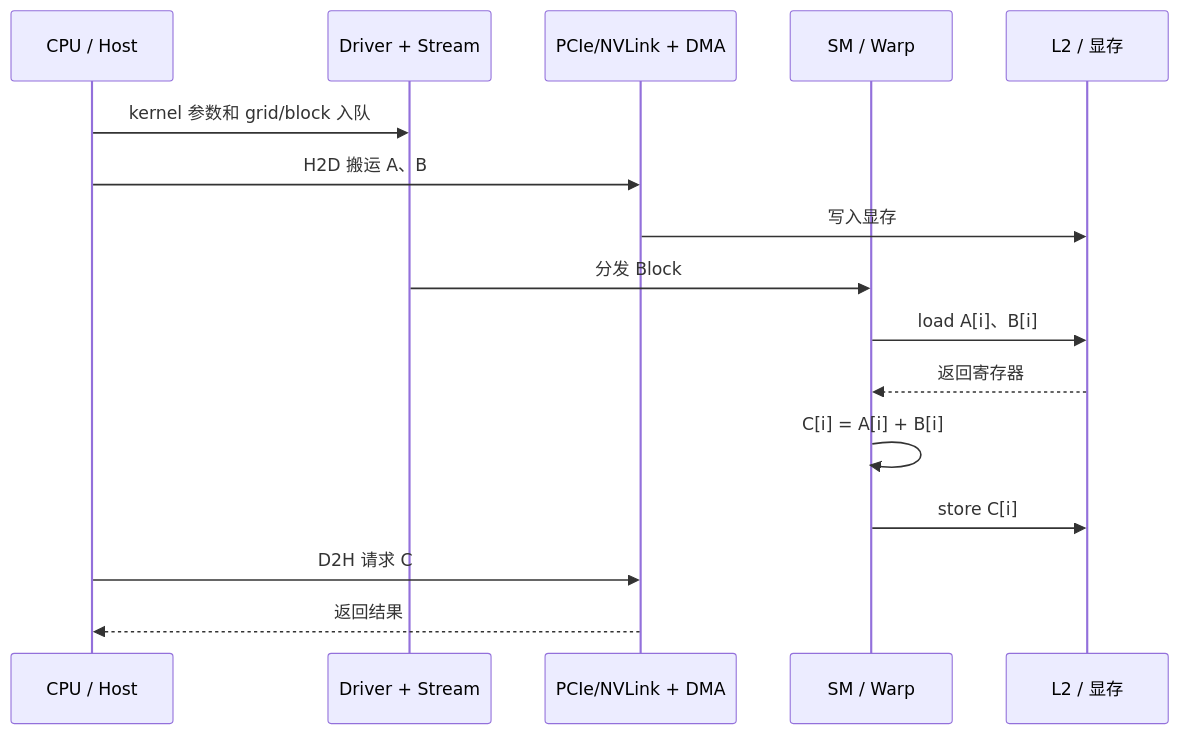
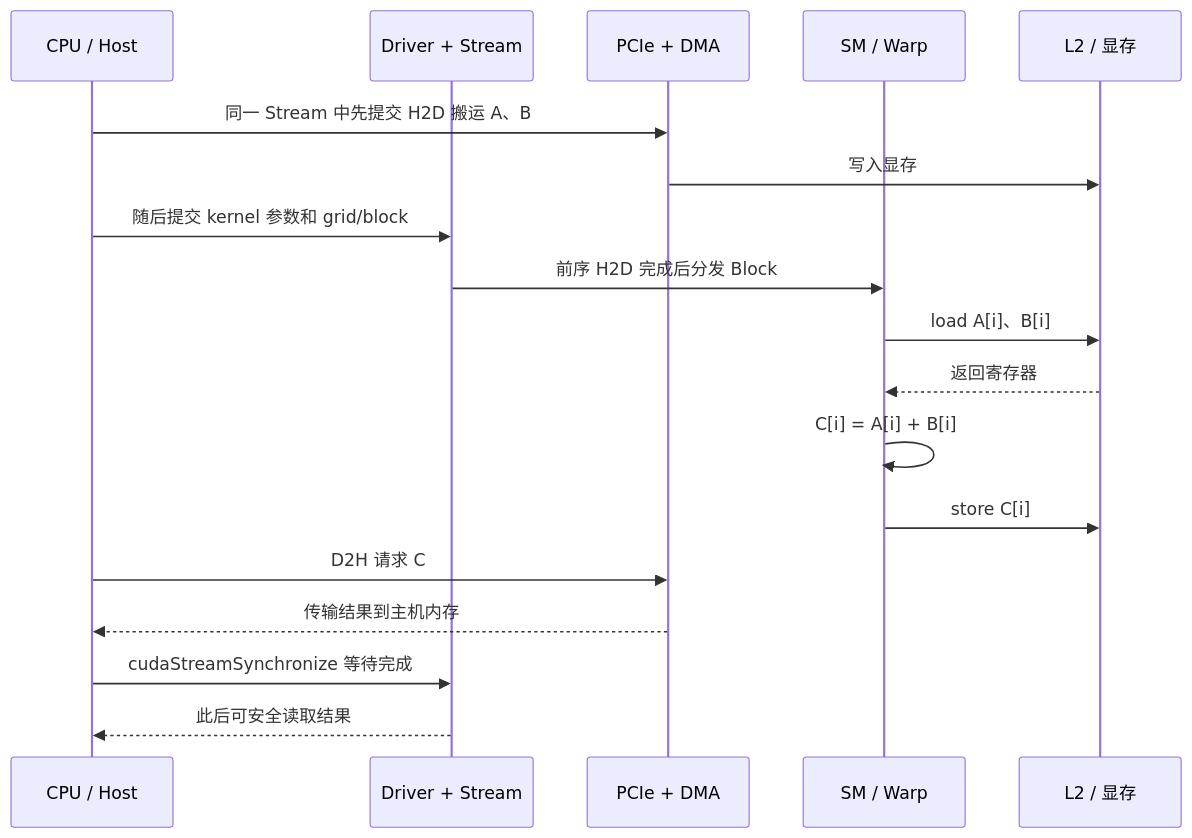
Before and after one commit to shaun-sheep111/cuda-learning-roadmap: the third of 3 diagrams in README.md, drawn with Mermaid. The commit also changed other lines of this file and 2 other files, not shown here.

````diff
--- a/README.md
+++ b/README.md
@@ -72,18 +82,20 @@
 ```mermaid
 sequenceDiagram
     participant CPU as CPU / Host
     participant Q as Driver + Stream
-    participant DMA as PCIe/NVLink + DMA
+    participant DMA as PCIe + DMA
     participant SM as SM / Warp
     participant MEM as L2 / 显存
-    CPU->>Q: kernel 参数和 grid/block 入队
-    CPU->>DMA: H2D 搬运 A、B
+    CPU->>DMA: 同一 Stream 中先提交 H2D 搬运 A、B
     DMA->>MEM: 写入显存
-    Q->>SM: 分发 Block
+    CPU->>Q: 随后提交 kernel 参数和 grid/block
+    Q->>SM: 前序 H2D 完成后分发 Block
     SM->>MEM: load A[i]、B[i]
     MEM-->>SM: 返回寄存器
     SM->>SM: C[i] = A[i] + B[i]
     SM->>MEM: store C[i]
     CPU->>DMA: D2H 请求 C
-    DMA-->>CPU: 返回结果
+    DMA-->>CPU: 传输结果到主机内存
+    CPU->>Q: cudaStreamSynchronize 等待完成
+    Q-->>CPU: 此后可安全读取结果
 ```
````
